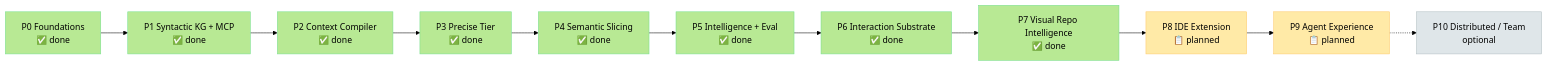
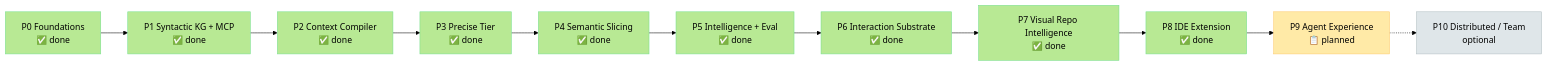
One commit to Md-Jazbee/prism changed the first of 2 diagrams in docs/planning/TASKS-AND-PROGRESS.md. Above: the diagram before and after it, drawn with Mermaid (forest theme). The commit also changed other lines of this file and 44 other files, not shown here.

First line of the commit message:
Complete Phase 8 and pass the IDE-extension gate.

````diff
--- a/docs/planning/TASKS-AND-PROGRESS.md
+++ b/docs/planning/TASKS-AND-PROGRESS.md
@@ -33,25 +33,26 @@
 ```mermaid
 flowchart LR
     P0[P0 Foundations<br/>✅ done] --> P1[P1 Syntactic KG + MCP<br/>✅ done]
     P1 --> P2[P2 Context Compiler<br/>✅ done]
     P2 --> P3[P3 Precise Tier<br/>✅ done]
     P3 --> P4[P4 Semantic Slicing<br/>✅ done]
     P4 --> P5[P5 Intelligence + Eval<br/>✅ done]
     P5 --> P6[P6 Interaction Substrate<br/>✅ done]
     P6 --> P7[P7 Visual Repo Intelligence<br/>✅ done]
-    P7 --> P8[P8 IDE Extension<br/>📋 planned]
+    P7 --> P8[P8 IDE Extension<br/>✅ done]
     P8 --> P9[P9 Agent Experience<br/>📋 planned]
     P9 -.-> P10[P10 Distributed / Team<br/>optional]
 
     style P0 fill:#b8e994,stroke:#78e08f,color:#000
     style P1 fill:#b8e994,stroke:#78e08f,color:#000
     style P2 fill:#b8e994,stroke:#78e08f,color:#000
     style P3 fill:#b8e994,stroke:#78e08f,color:#000
     style P4 fill:#b8e994,stroke:#78e08f,color:#000
     style P5 fill:#b8e994,stroke:#78e08f,color:#000
     style P6 fill:#b8e994,stroke:#78e08f,color:#000
     style P7 fill:#b8e994,stroke:#78e08f,color:#000
-    style P8 fill:#ffeaa7,stroke:#fdcb6e,color:#000
+    style P7 fill:#b8e994,stroke:#78e08f,color:#000
+    style P8 fill:#b8e994,stroke:#78e08f,color:#000
     style P9 fill:#ffeaa7,stroke:#fdcb6e,color:#000
     style P10 fill:#dfe6e9,stroke:#b2bec3,color:#000
 ```
````
